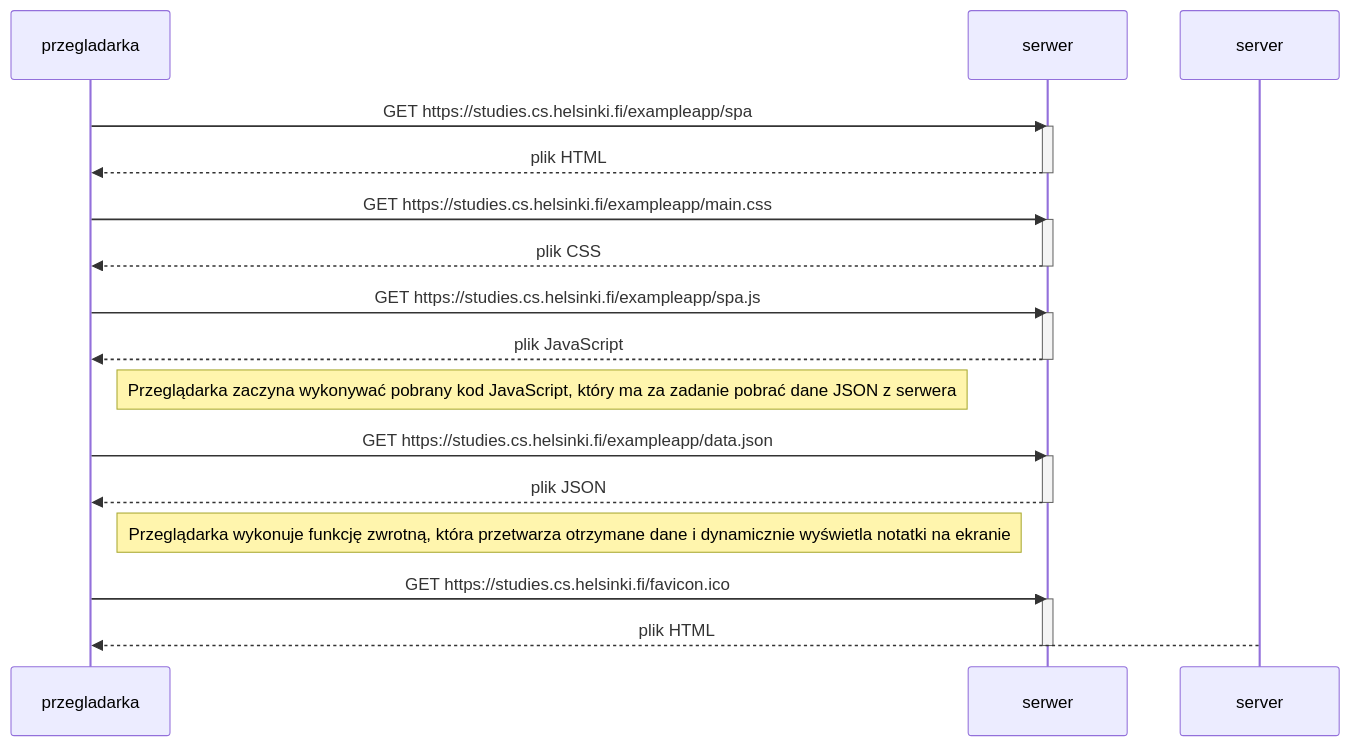
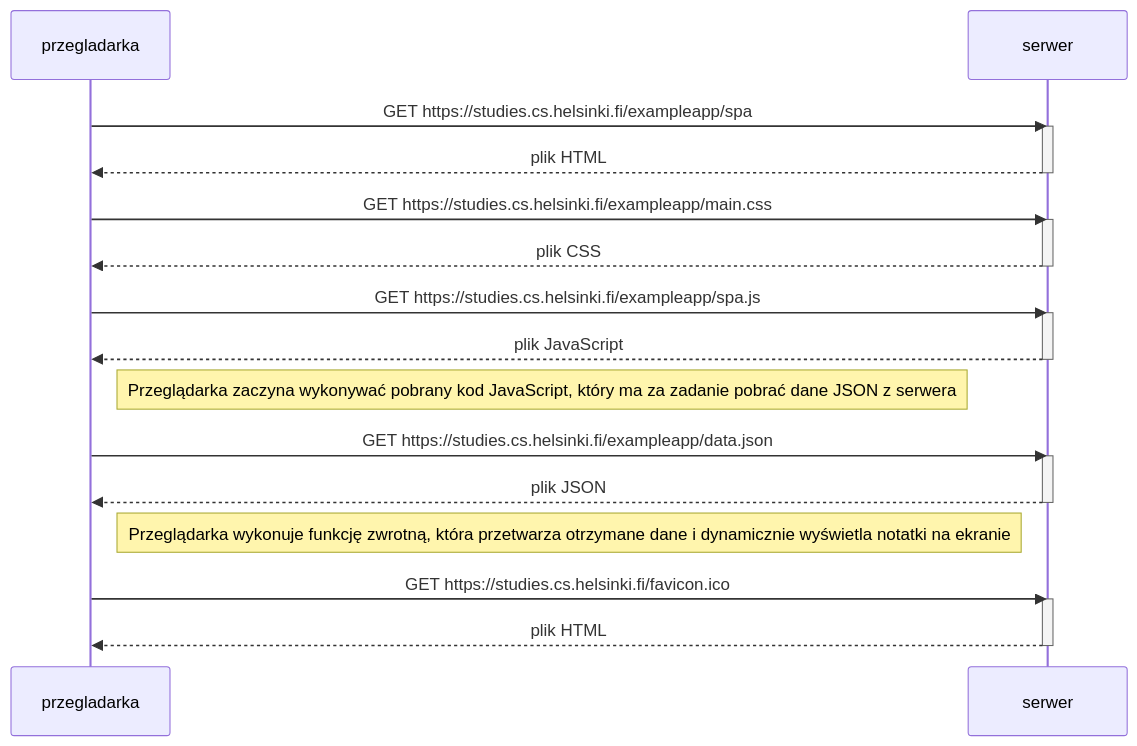
Before and after one commit to 3bartekk/fullstackKB: the diagram in part0/zadanie0.5.md, drawn with Mermaid.

````diff
--- a/part0/zadanie0.5.md
+++ b/part0/zadanie0.5.md
@@ -1,34 +1,34 @@
 ```mermaid
 sequenceDiagram
 participant przegladarka
 participant serwer
 
     przegladarka->>serwer: GET https://studies.cs.helsinki.fi/exampleapp/spa
     activate serwer
     serwer-->>przegladarka: plik HTML
     deactivate serwer
 
     przegladarka->>serwer: GET https://studies.cs.helsinki.fi/exampleapp/main.css
     activate serwer
     serwer-->>przegladarka: plik CSS
     deactivate serwer
 
     przegladarka->>serwer: GET https://studies.cs.helsinki.fi/exampleapp/spa.js
     activate serwer
     serwer-->>przegladarka: plik JavaScript
     deactivate serwer
 
     Note right of przegladarka: Przeglądarka zaczyna wykonywać pobrany kod JavaScript, który ma za zadanie pobrać dane JSON z serwera
 
     przegladarka->>serwer: GET https://studies.cs.helsinki.fi/exampleapp/data.json
     activate serwer
     serwer-->>przegladarka: plik JSON
     deactivate serwer
 
     Note right of przegladarka: Przeglądarka wykonuje funkcję zwrotną, która przetwarza otrzymane dane i dynamicznie wyświetla notatki na ekranie
 
     przegladarka->>serwer: GET https://studies.cs.helsinki.fi/favicon.ico
     activate serwer
-    server-->>przegladarka: plik HTML
+    serwer-->>przegladarka: plik HTML
     deactivate serwer
 ```
````
